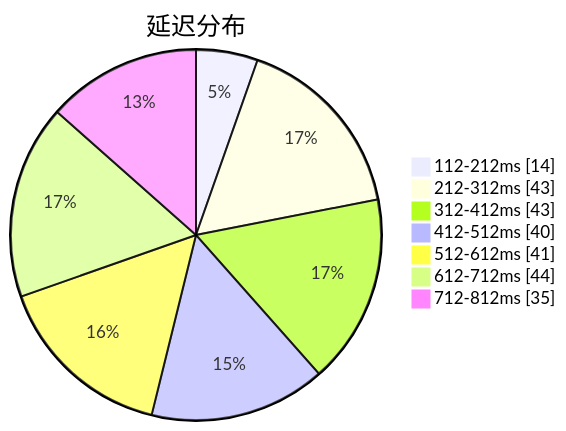
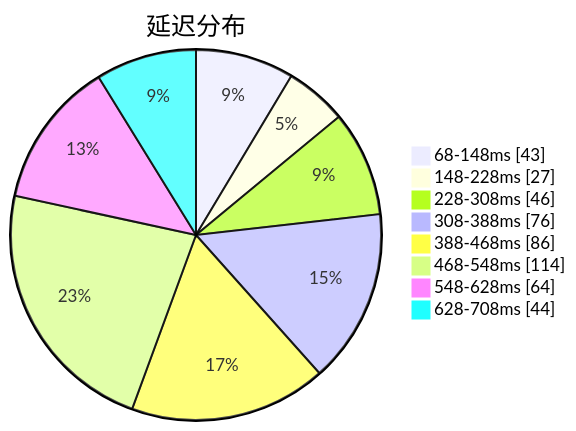
One commit to sinspired/airport changed the first of 3 diagrams in subs/statistics/tested_within.md. Above: the diagram before and after it, drawn with Mermaid. The commit also changed other lines of this file and 2 other files, not shown here.

````diff
--- a/subs/statistics/tested_within.md
+++ b/subs/statistics/tested_within.md
@@ -2,11 +2,12 @@
 ```mermaid
 pie showData
 title 延迟分布
-"112-212ms" : 14
-"212-312ms" : 43
-"312-412ms" : 43
-"412-512ms" : 40
-"512-612ms" : 41
-"612-712ms" : 44
-"712-812ms" : 35
+"68-148ms" : 43
+"148-228ms" : 27
+"228-308ms" : 46
+"308-388ms" : 76
+"388-468ms" : 86
+"468-548ms" : 114
+"548-628ms" : 64
+"628-708ms" : 44
 ```
````
